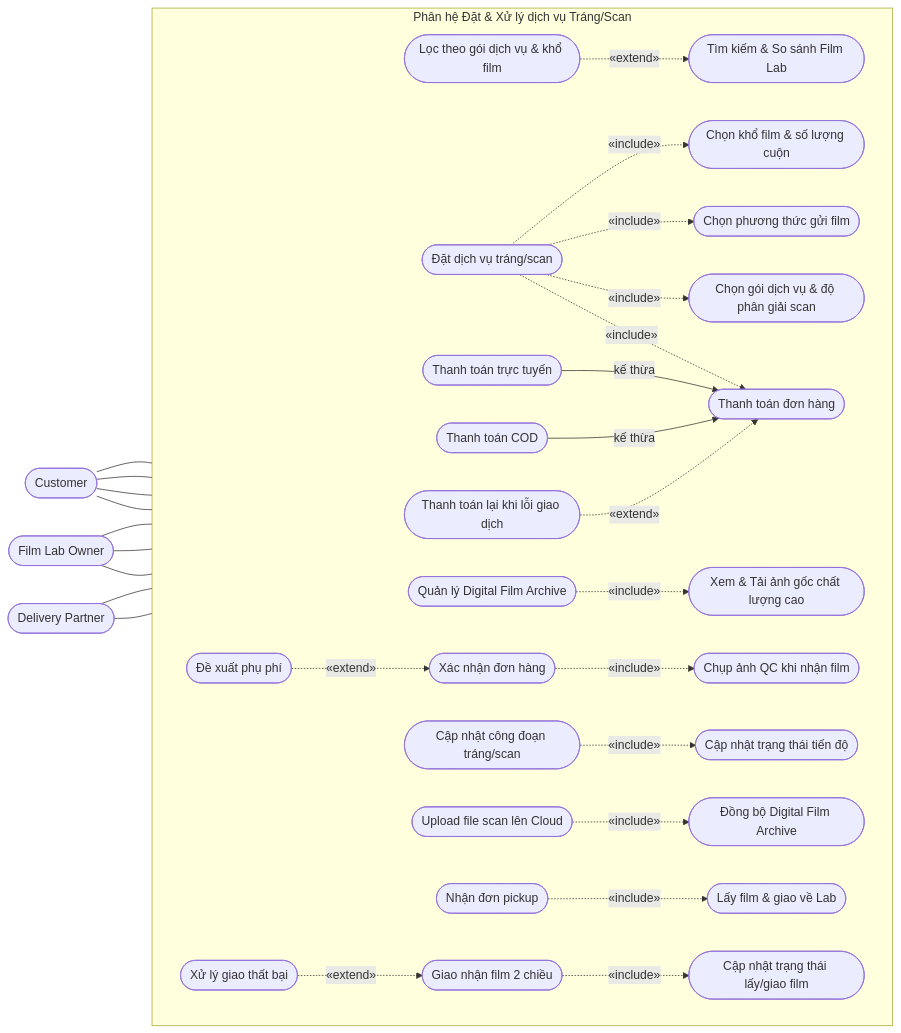
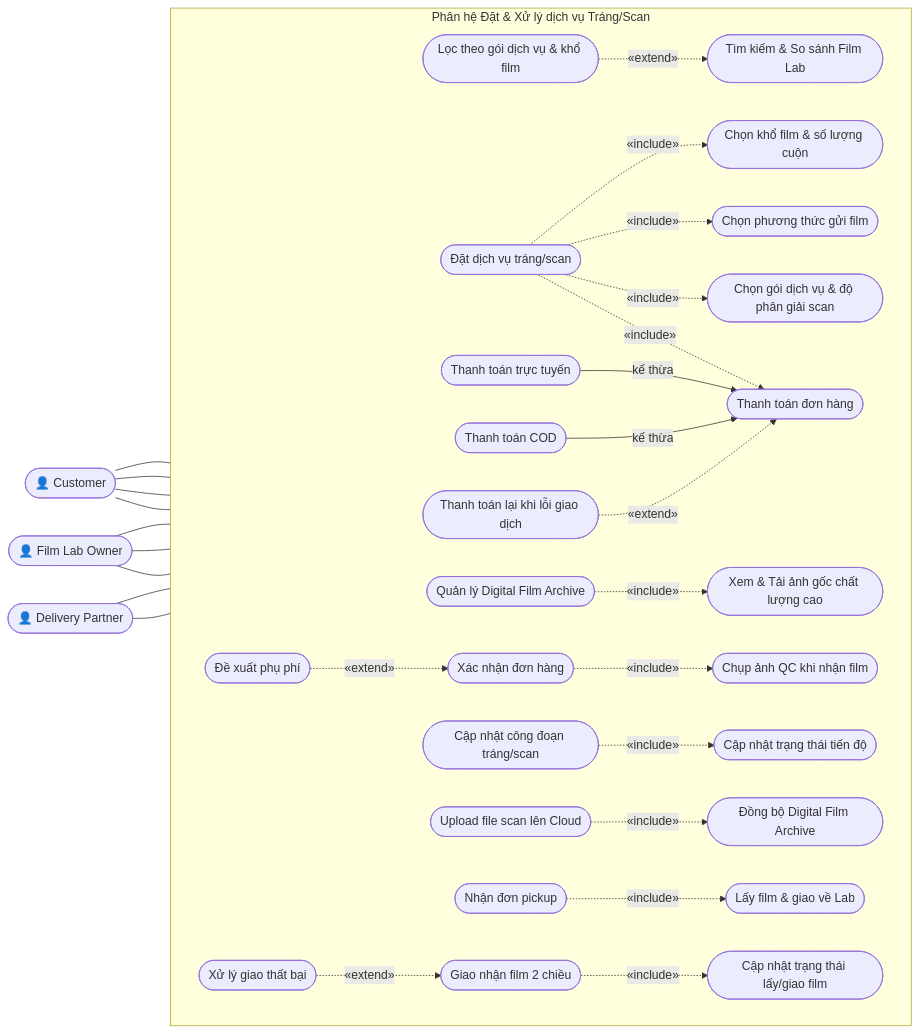
One commit to huylamnhat/Photographer-enthusiastic-environment changed the second of 6 diagrams in doc/week 2/so-do-chuc-nang-nghiep-vu.md. Above: the diagram before and after it, drawn with Mermaid. The commit also changed other lines of this file, not shown here.

````diff
--- a/doc/week 2/so-do-chuc-nang-nghiep-vu.md
+++ b/doc/week 2/so-do-chuc-nang-nghiep-vu.md
@@ -62,67 +62,67 @@
 ```mermaid
 flowchart LR
 
-    CUS([" Customer"])
-    LAB([" Film Lab Owner"])
-    DEL([" Delivery Partner"])
+    CUS(["👤 Customer"])
+    LAB(["👤 Film Lab Owner"])
+    DEL(["👤 Delivery Partner"])
 
     subgraph SYS["Phân hệ Đặt & Xử lý dịch vụ Tráng/Scan"]
         direction LR
         %% Customer
         S1(["Tìm kiếm & So sánh Film Lab"])
         S1a(["Lọc theo gói dịch vụ & khổ film"])
         S2(["Đặt dịch vụ tráng/scan"])
         S2a(["Chọn khổ film & số lượng cuộn"])
         S2b(["Chọn phương thức gửi film"])
         S2c(["Chọn gói dịch vụ & độ phân giải scan"])
         S3(["Thanh toán đơn hàng"])
         S3a(["Thanh toán trực tuyến"])
         S3b(["Thanh toán COD"])
         S3c(["Thanh toán lại khi lỗi giao dịch"])
         S4(["Quản lý Digital Film Archive"])
         S4a(["Xem & Tải ảnh gốc chất lượng cao"])
 
         %% Film Lab Owner
         L1(["Xác nhận đơn hàng"])
         L1a(["Chụp ảnh QC khi nhận film"])
         L1b(["Đề xuất phụ phí"])
         L2(["Cập nhật công đoạn tráng/scan"])
         L2a(["Cập nhật trạng thái tiến độ"])
         L3(["Upload file scan lên Cloud"])
         L3a(["Đồng bộ Digital Film Archive"])
 
         %% Delivery Partner
         D1(["Nhận đơn pickup"])
         D1a(["Lấy film & giao về Lab"])
         D2(["Giao nhận film 2 chiều"])
         D2a(["Cập nhật trạng thái lấy/giao film"])
         D2b(["Xử lý giao thất bại"])
     end
 
     %% Actor - use case
     CUS --- S1 & S2 & S3 & S4
     LAB --- L1 & L2 & L3
     DEL --- D1 & D2
 
     %% Customer: quan hệ
     S1a -.->|«extend»| S1
     S2 -.->|«include»| S2a
     S2 -.->|«include»| S2b
     S2 -.->|«include»| S2c
     S2 -.->|«include»| S3
     S3a -->|kế thừa| S3
     S3b -->|kế thừa| S3
     S3c -.->|«extend»| S3
     S4 -.->|«include»| S4a
 
     %% Film Lab Owner: quan hệ
     L1 -.->|«include»| L1a
     L1b -.->|«extend»| L1
     L2 -.->|«include»| L2a
     L3 -.->|«include»| L3a
 
     %% Delivery Partner: quan hệ
     D1 -.->|«include»| D1a
     D2 -.->|«include»| D2a
     D2b -.->|«extend»| D2
 ```
````
